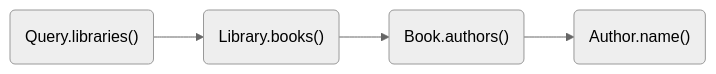
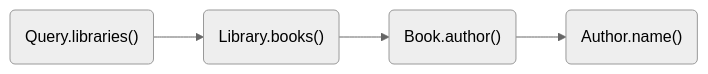
Before and after one commit to Goldfarbof/apollo-server: the first of 3 diagrams in docs/source/data/data.mdx, drawn with Mermaid (neutral theme). The commit also changed other lines of this file, not shown here.

````diff
--- a/docs/source/data/data.mdx
+++ b/docs/source/data/data.mdx
@@ -215,6 +216,6 @@
 ```mermaid
 graph LR;
   libraries("Query.libraries()") --> books("Library.books()");
-  books --> authors("Book.authors()");
-  authors --> name("Author.name()");
+  books --> author("Book.author()");
+  author --> name("Author.name()");
 ```
````
